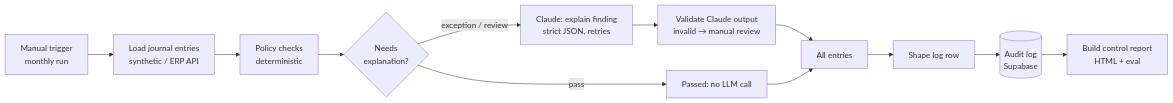
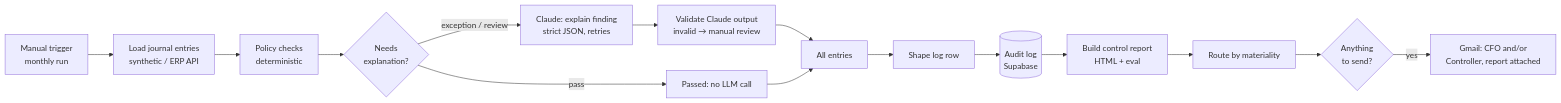
The diagram in README.md (jrzajko/je-control-monitor-n8n), drawn with Mermaid before and after one commit. The commit also changed other lines of this file and 5 other files, not shown here.

First line of the commit message:
Route results by materiality and document a live run

````diff
--- a/README.md
+++ b/README.md
@@ -23,14 +45,17 @@
 ```mermaid
 flowchart LR
     A[Manual trigger<br/>monthly run] --> B[Load journal entries<br/>synthetic / ERP API]
     B --> C[Policy checks<br/>deterministic]
     C --> D{Needs<br/>explanation?}
     D -- exception / review --> E[Claude: explain finding<br/>strict JSON, retries]
     E --> F[Validate Claude output<br/>invalid → manual review]
     D -- pass --> G[Passed: no LLM call]
     F --> H[All entries]
     G --> H
     H --> I[Shape log row]
     I --> J[(Audit log<br/>Supabase)]
     J --> K[Build control report<br/>HTML + eval]
+    K --> L[Route by materiality]
+    L --> M{Anything<br/>to send?}
+    M -- yes --> N[Gmail: CFO and/or<br/>Controller, report attached]
 ```
````
